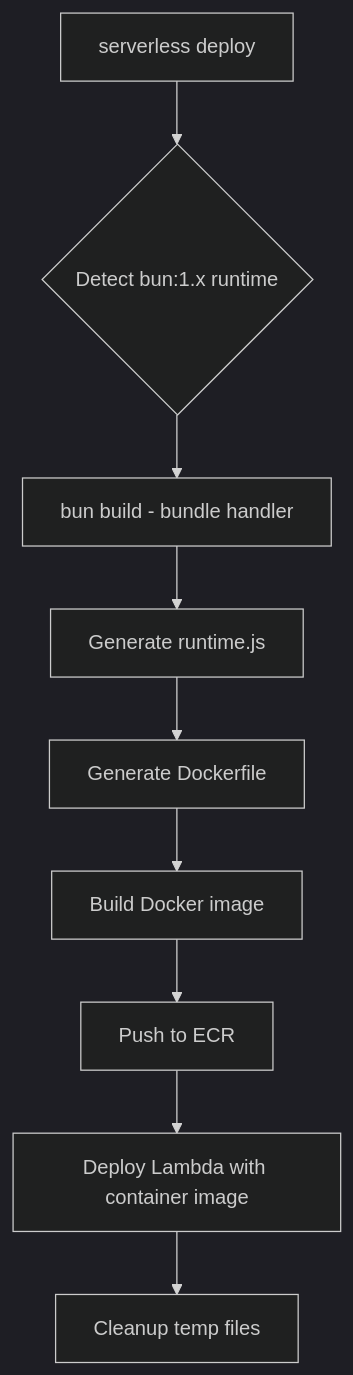
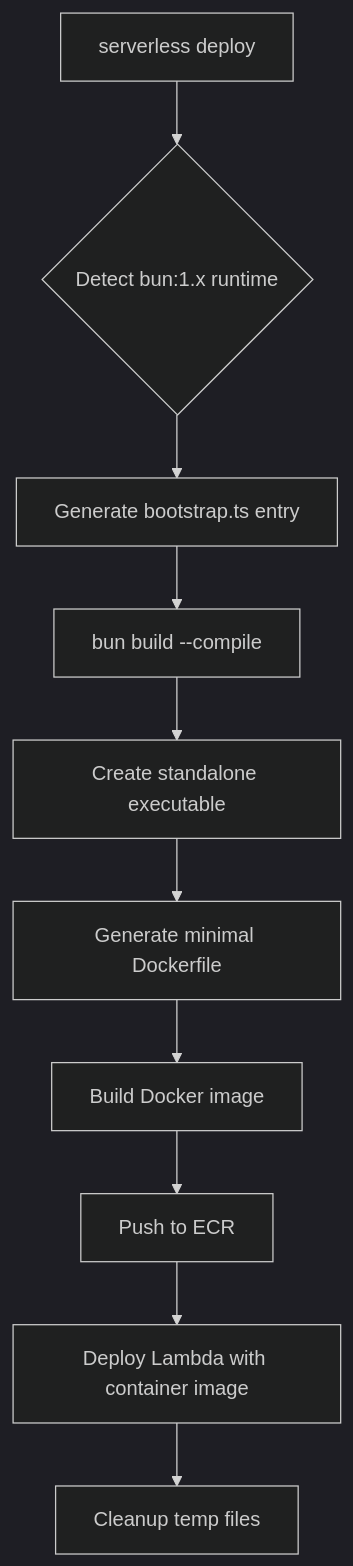
The first of 2 diagrams in README.md (thadeu/serverless-bun-plugin), drawn with Mermaid (dark theme) before and after one commit. The commit also changed other lines of this file and 2 other files, not shown here.

````diff
--- a/README.md
+++ b/README.md
@@ -130,11 +129,12 @@
 ```mermaid
 flowchart TD
     A[serverless deploy] --> B{Detect bun:1.x runtime}
-    B --> C[bun build - bundle handler]
-    C --> D[Generate runtime.js]
-    D --> E[Generate Dockerfile]
-    E --> F[Build Docker image]
-    F --> G[Push to ECR]
-    G --> H[Deploy Lambda with container image]
-    H --> I[Cleanup temp files]
+    B --> C[Generate bootstrap.ts entry]
+    C --> D[bun build --compile]
+    D --> E[Create standalone executable]
+    E --> F[Generate minimal Dockerfile]
+    F --> G[Build Docker image]
+    G --> H[Push to ECR]
+    H --> I[Deploy Lambda with container image]
+    I --> J[Cleanup temp files]
 ```
````
